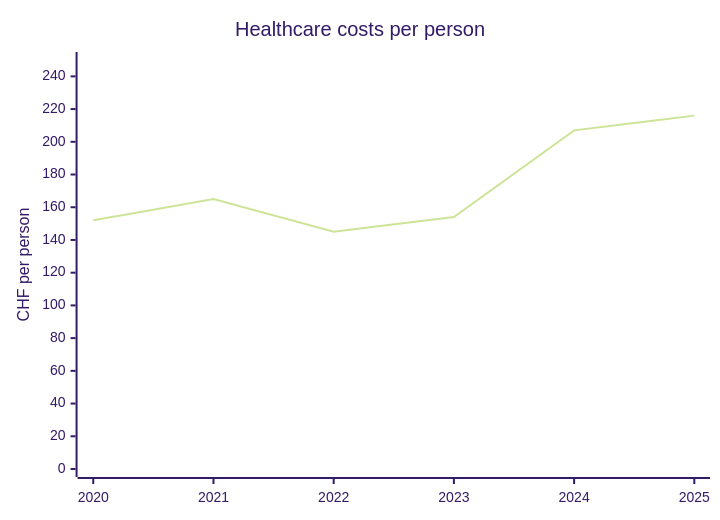
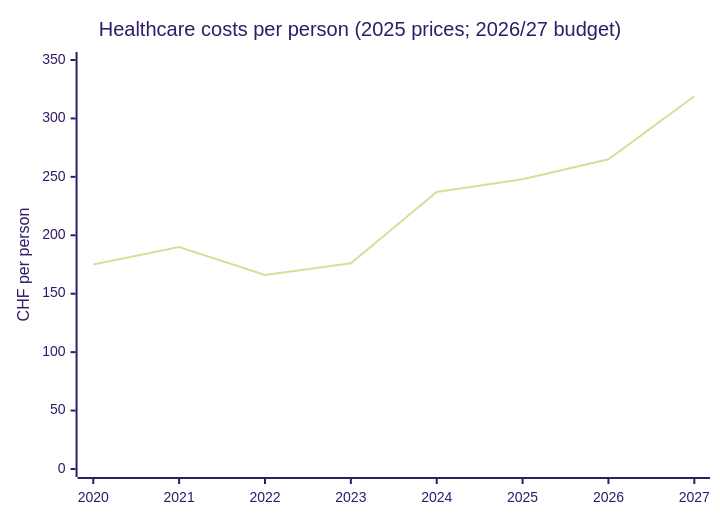
The seventh of 14 diagrams in docs/politik/finanzen-beringen.en.md (risajef/risajef.github.io), drawn with Mermaid (forest theme) before and after one commit. The commit also changed other lines of this file and 1 other file, not shown here.

````diff
--- a/docs/politik/finanzen-beringen.en.md
+++ b/docs/politik/finanzen-beringen.en.md
@@ -102,7 +127,7 @@
 ```mermaid
 xychart
-title "Healthcare costs per person"
-x-axis [2020, 2021, 2022, 2023, 2024, 2025]
-y-axis "CHF per person" 0 --> 250
-line [152, 165, 145, 154, 207, 216]
+title "Healthcare costs per person (2025 prices; 2026/27 budget)"
+x-axis [2020, 2021, 2022, 2023, 2024, 2025, 2026, 2027]
+y-axis "CHF per person" 0 --> 350
+line [175, 190, 166, 176, 237, 248, 265, 319]
 ```
````
